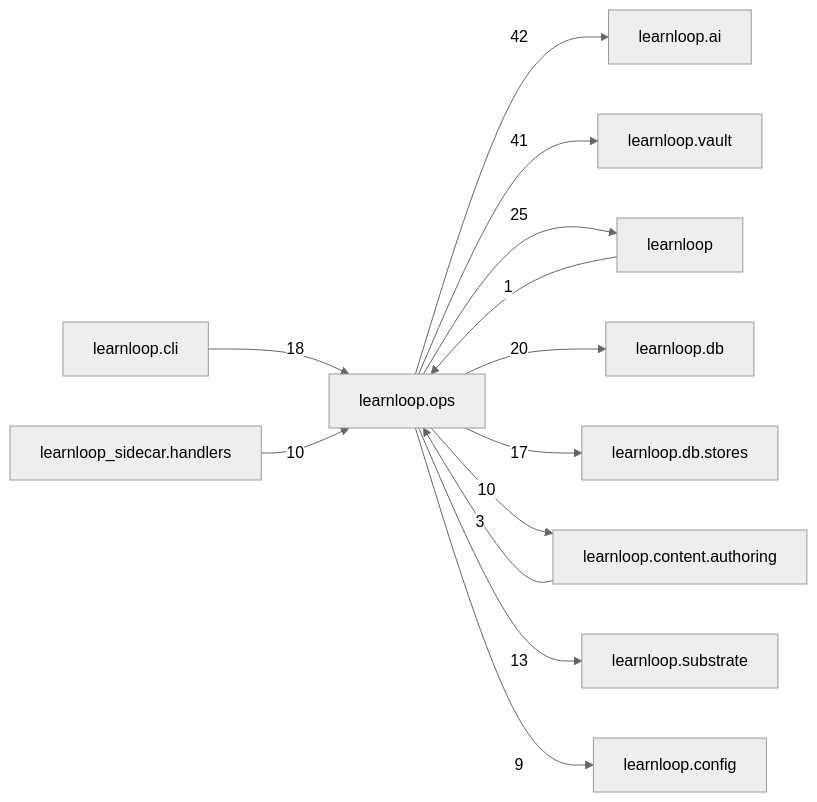
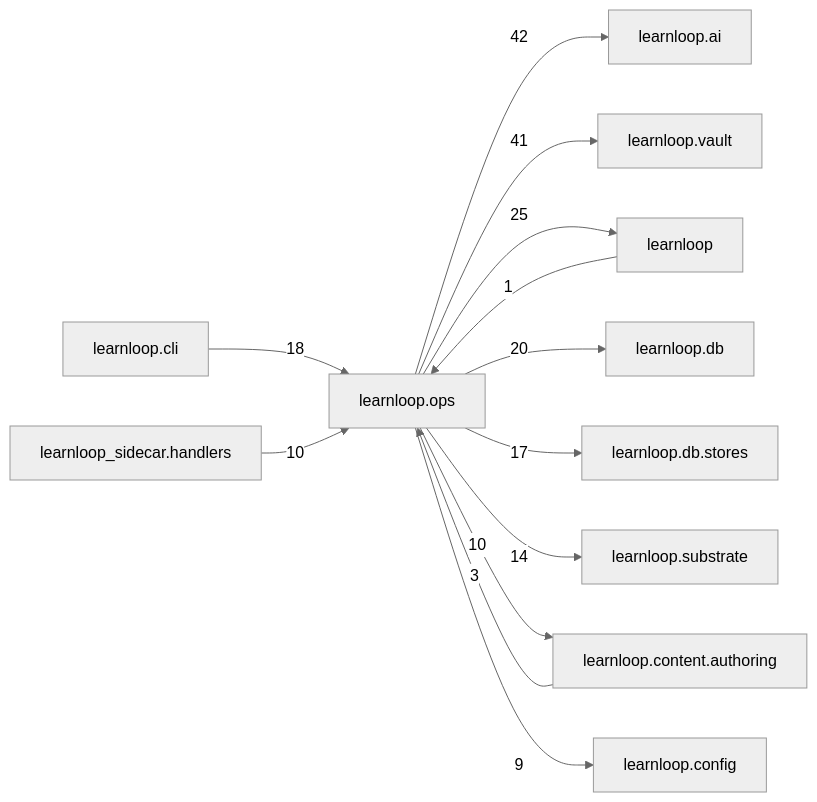
One commit to 6up-b/learnanything changed the diagram in docs/learnloop-architecture-vault/Reference/Modules/learnloop/ops/_package.md. Above: the diagram before and after it, drawn with Mermaid (neutral theme). The commit also changed other lines of this file and 51 other files, not shown here.

````diff
--- a/docs/learnloop-architecture-vault/Reference/Modules/learnloop/ops/_package.md
+++ b/docs/learnloop-architecture-vault/Reference/Modules/learnloop/ops/_package.md
@@ -148,26 +149,26 @@
 ```mermaid
 flowchart LR
     center["learnloop.ops"]
     n_learnloop_ai["learnloop.ai"]
     n_learnloop_vault["learnloop.vault"]
     n_learnloop["learnloop"]
     n_learnloop_db["learnloop.db"]
     n_learnloop_cli["learnloop.cli"]
     n_learnloop_db_stores["learnloop.db.stores"]
+    n_learnloop_substrate["learnloop.substrate"]
     n_learnloop_content_authoring["learnloop.content.authoring"]
-    n_learnloop_substrate["learnloop.substrate"]
     n_learnloop_sidecar_handlers["learnloop_sidecar.handlers"]
     n_learnloop_config["learnloop.config"]
     center -->|42| n_learnloop_ai
     center -->|41| n_learnloop_vault
     n_learnloop -->|1| center
     center -->|25| n_learnloop
     center -->|20| n_learnloop_db
     n_learnloop_cli -->|18| center
     center -->|17| n_learnloop_db_stores
+    center -->|14| n_learnloop_substrate
     n_learnloop_content_authoring -->|3| center
     center -->|10| n_learnloop_content_authoring
-    center -->|13| n_learnloop_substrate
     n_learnloop_sidecar_handlers -->|10| center
     center -->|9| n_learnloop_config
 ```
````
